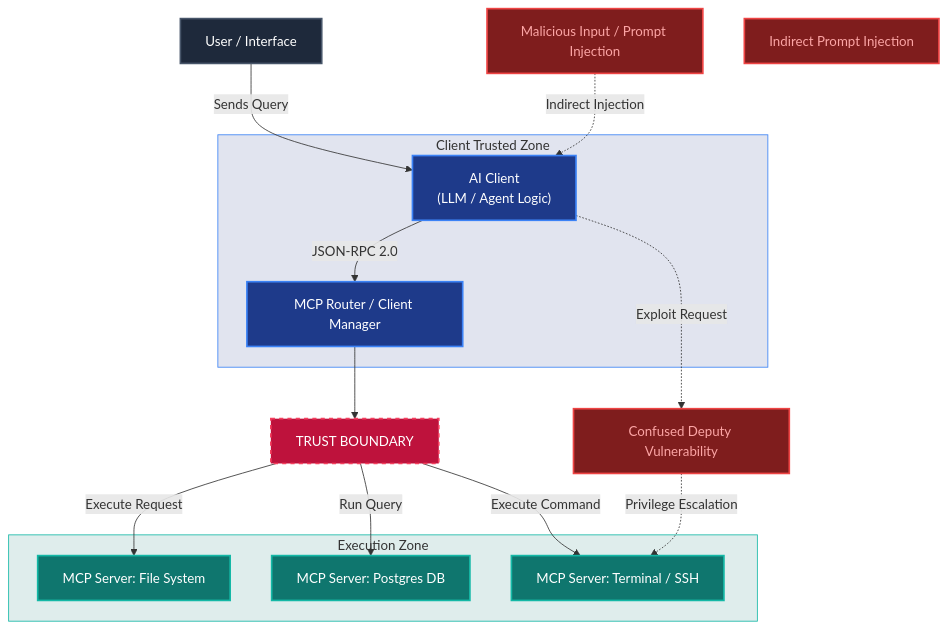
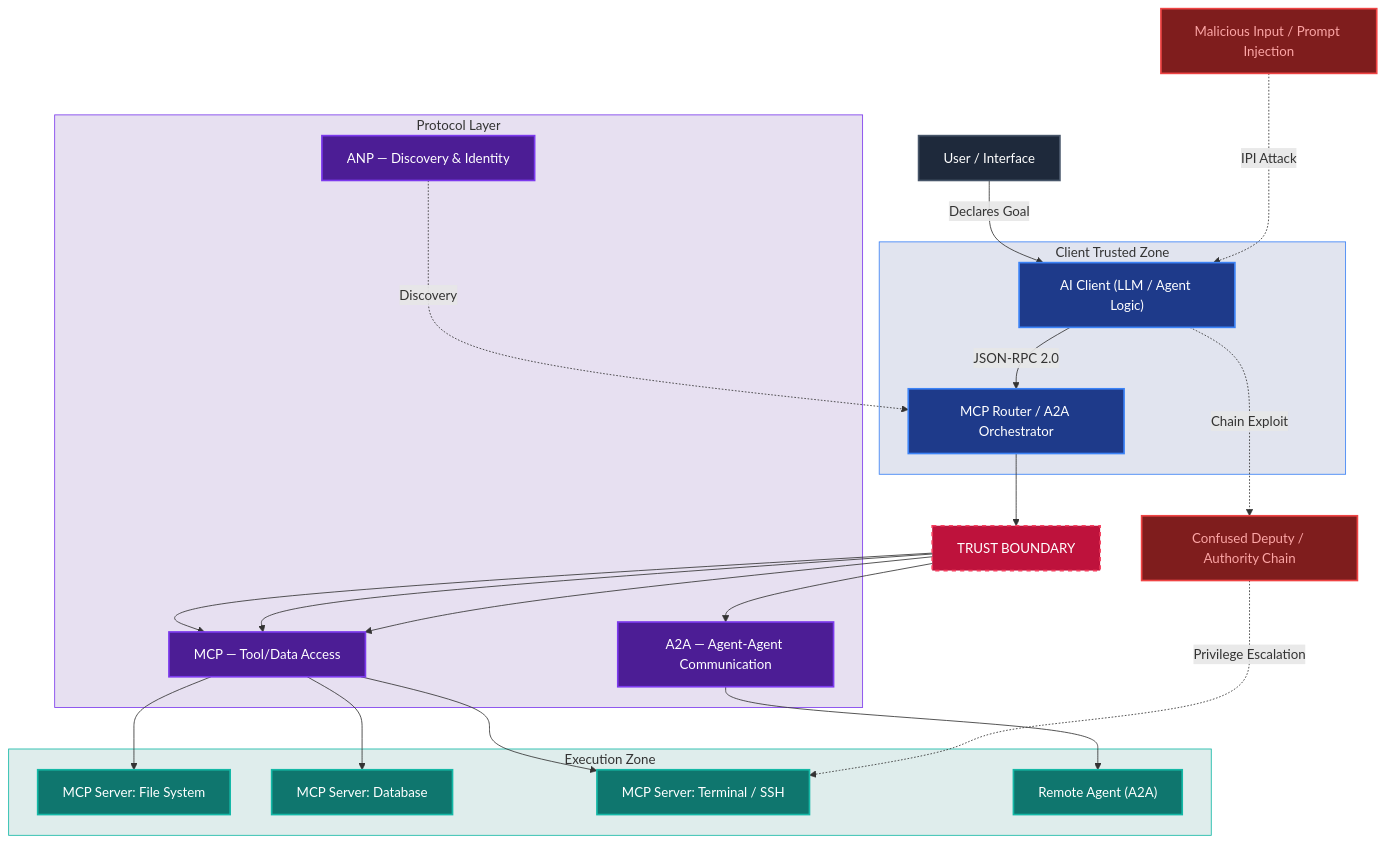
One commit to yusufarbc/yusufarbc changed the first of 2 diagrams in website/content/agentic-ai-protocols-security-vulnerabilities/en.md. Above: the diagram before and after it, drawn with Mermaid. The commit also changed other lines of this file and 2 other files, not shown here.

````diff
--- a/website/content/agentic-ai-protocols-security-vulnerabilities/en.md
+++ b/website/content/agentic-ai-protocols-security-vulnerabilities/en.md
@@ -23,45 +21,51 @@
 ```mermaid
 graph TD
-    %% Styling
     classDef user fill:#1e293b,stroke:#475569,stroke-width:2px,color:#fff;
     classDef client fill:#1e3a8a,stroke:#3b82f6,stroke-width:2px,color:#fff;
     classDef boundary fill:#be123c,stroke:#f43f5e,stroke-width:2px,color:#fff,stroke-dasharray: 5 5;
     classDef server fill:#0f766e,stroke:#14b8a6,stroke-width:2px,color:#fff;
     classDef attack fill:#7f1d1d,stroke:#ef4444,stroke-width:2px,color:#fca5a5;
+    classDef protocol fill:#4c1d95,stroke:#7c3aed,stroke-width:2px,color:#fff;
 
     User[User / Interface]:::user
-    
+
     subgraph ClientZone [Client Trusted Zone]
-        Client["AI Client <br/>(LLM / Agent Logic)"]:::client
-        Router["MCP Router / Client Manager"]:::client
+        Client["AI Client (LLM / Agent Logic)"]:::client
+        Router["MCP Router / A2A Orchestrator"]:::client
     end
 
     TB["TRUST BOUNDARY"]:::boundary
 
+    subgraph ProtocolLayer [Protocol Layer]
+        MCP["MCP — Tool/Data Access"]:::protocol
+        A2A["A2A — Agent-Agent Communication"]:::protocol
+        ANP["ANP — Discovery & Identity"]:::protocol
+    end
+
     subgraph TargetZone [Execution Zone]
         S_Env["MCP Server: File System"]:::server
-        S_Db["MCP Server: Postgres DB"]:::server
+        S_Db["MCP Server: Database"]:::server
         S_Term["MCP Server: Terminal / SSH"]:::server
+        RemoteAgent["Remote Agent (A2A)"]:::server
     end
 
-    %% Attack Vectors
     Attacker["Malicious Input / Prompt Injection"]:::attack
-    Confused["Confused Deputy Vulnerability"]:::attack
-    Confused2["Indirect Prompt Injection"]:::attack
+    Confused["Confused Deputy / Authority Chain"]:::attack
 
-    %% Communication Flow
-    User -->|Sends Query| Client
+    User -->|Declares Goal| Client
     Client -->|JSON-RPC 2.0| Router
     Router --> TB
-    TB -->|Execute Request| S_Env
-    TB -->|Run Query| S_Db
-    TB -->|Execute Command| S_Term
+    TB --> MCP --> S_Env
+    TB --> MCP --> S_Db
+    TB --> MCP --> S_Term
+    TB --> A2A --> RemoteAgent
+    ANP -..->|Discovery| Router
 
-    %% Attack Interactions
-    Attacker -.->|Indirect Injection| Client
-    Client -.->|Exploit Request| Confused
-    Confused -.->|Privilege Escalation| S_Term
+    Attacker -..->|IPI Attack| Client
+    Client -..->|Chain Exploit| Confused
+    Confused -..->|Privilege Escalation| S_Term
 
     style ClientZone fill:#1e3a8a22,stroke:#3b82f6,stroke-width:1px
     style TargetZone fill:#0f766e22,stroke:#14b8a6,stroke-width:1px
+    style ProtocolLayer fill:#4c1d9522,stroke:#7c3aed,stroke-width:1px
 ```
````
